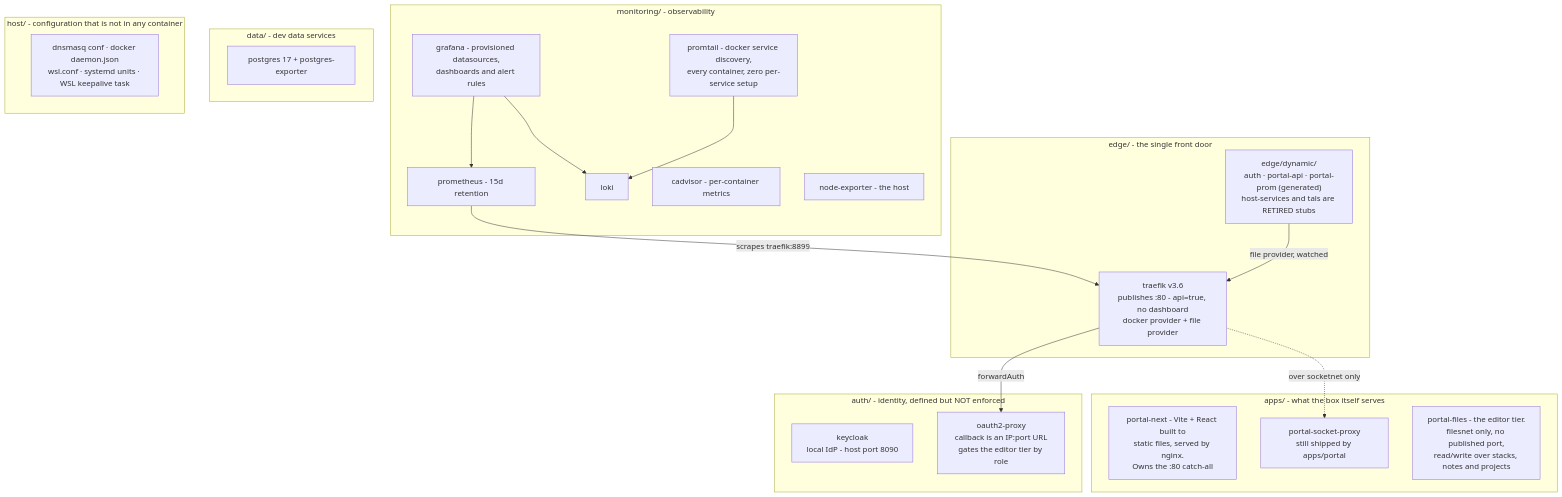
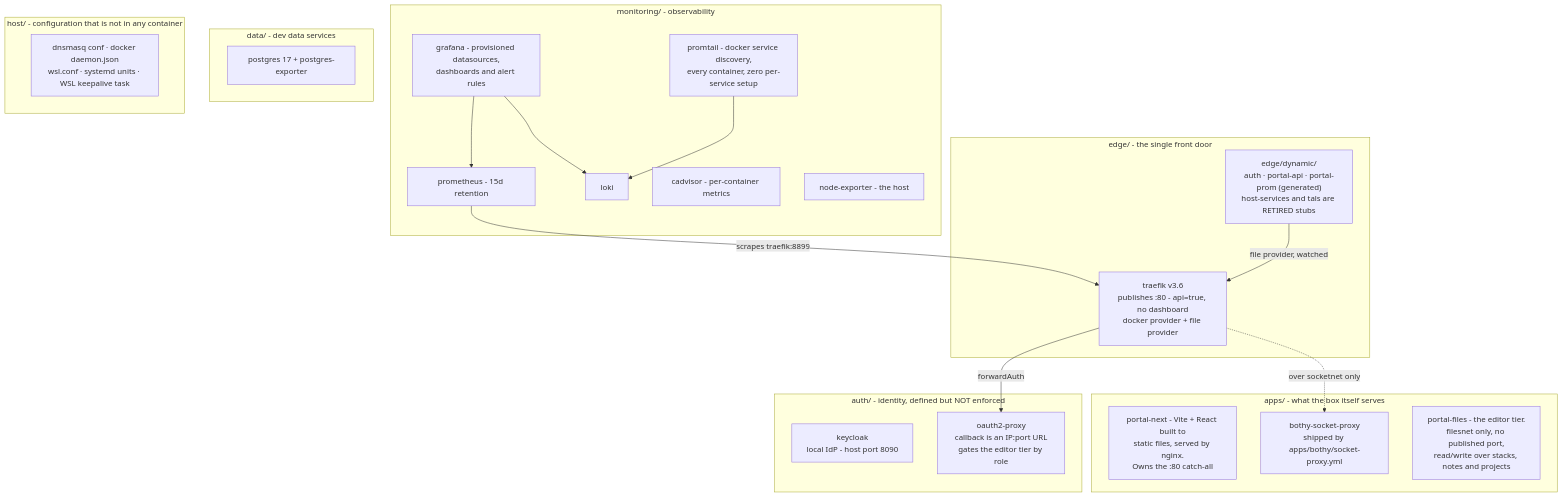
Before and after one commit to YehudaBriskman/Bothy: the third of 6 diagrams in docs/ARCHITECTURE.md, drawn with Mermaid. The commit also changed other lines of this file and 14 other files, not shown here.

First line of the commit message:
chore(socket-proxy): rename portal-socket-proxy to bothy-socket-proxy (#116)

````diff
--- a/docs/ARCHITECTURE.md
+++ b/docs/ARCHITECTURE.md
@@ -306,43 +306,43 @@
 ```mermaid
 flowchart TB
     subgraph s_edge["edge/ - the single front door"]
         TRAEFIK["traefik v3.6<br/>publishes :80 - api=true, no dashboard<br/>docker provider + file provider"]
         DYN["edge/dynamic/<br/>auth · portal-api · portal-prom (generated)<br/>host-services and tals are RETIRED stubs"]
     end
 
     subgraph s_auth["auth/ - identity, defined but NOT enforced"]
         KC["keycloak<br/>local IdP - host port 8090"]
         OAUTH["oauth2-proxy<br/>callback is an IP:port URL<br/>gates the editor tier by role"]
     end
 
     subgraph s_mon["monitoring/ - observability"]
         PROM["prometheus - 15d retention"]
         GRAF["grafana - provisioned datasources,<br/>dashboards and alert rules"]
         LOKI["loki"]
         PTAIL["promtail - docker service discovery,<br/>every container, zero per-service setup"]
         CADV["cadvisor - per-container metrics"]
         NEXP["node-exporter - the host"]
     end
 
     subgraph s_data["data/ - dev data services"]
         PG["postgres 17 + postgres-exporter"]
     end
 
     subgraph s_apps["apps/ - what the box itself serves"]
         PNEXT["portal-next - Vite + React built to<br/>static files, served by nginx.<br/>Owns the :80 catch-all"]
-        PSOCK["portal-socket-proxy<br/>still shipped by apps/portal"]
+        PSOCK["bothy-socket-proxy<br/>shipped by apps/bothy/socket-proxy.yml"]
         PFILES["portal-files - the editor tier.<br/>filesnet only, no published port,<br/>read/write over stacks, notes and projects"]
     end
 
     subgraph s_host["host/ - configuration that is not in any container"]
         HOSTF["dnsmasq conf · docker daemon.json<br/>wsl.conf · systemd units · WSL keepalive task"]
     end
 
     DYN -->|"file provider, watched"| TRAEFIK
     TRAEFIK -->|"forwardAuth"| OAUTH
     TRAEFIK -.->|"over socketnet only"| PSOCK
     PTAIL --> LOKI
     GRAF --> PROM
     GRAF --> LOKI
     PROM -->|"scrapes traefik:8899"| TRAEFIK
 ```
````
